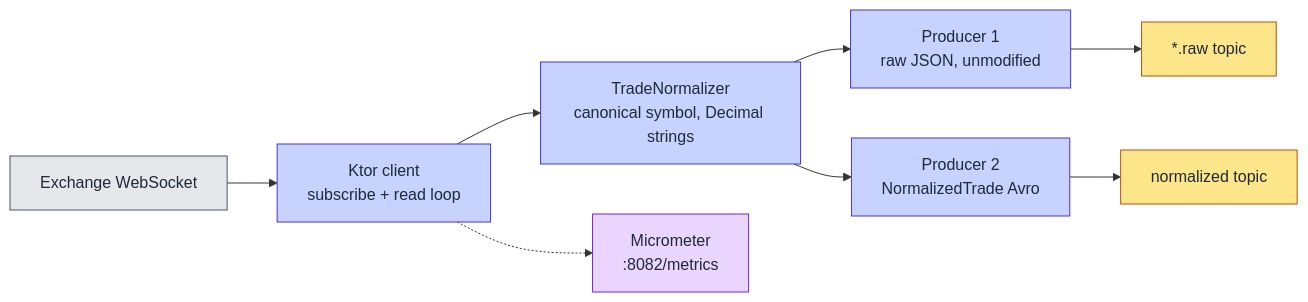
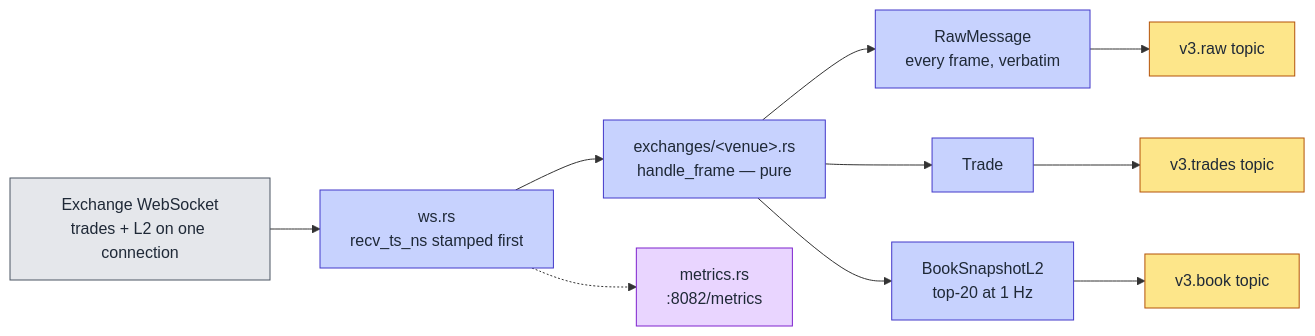
The diagram in docs/architecture/streaming-sources.md (rjdscott/k2-market-data-platform), drawn with Mermaid before and after one commit. The commit also changed other lines of this file and 84 other files, not shown here.

````diff
--- a/docs/architecture/streaming-sources.md
+++ b/docs/architecture/streaming-sources.md
@@ -11,19 +13,21 @@
 ```mermaid
 flowchart LR
-    WS["Exchange WebSocket"] --> CL["Ktor client<br/>subscribe + read loop"]
-    CL --> NM["TradeNormalizer<br/>canonical symbol, Decimal strings"]
-    NM --> P1["Producer 1<br/>raw JSON, unmodified"]
-    NM --> P2["Producer 2<br/>NormalizedTrade Avro"]
-    P1 --> T1["*.raw topic"]
-    P2 --> T2["normalized topic"]
-    CL -.-> MX["Micrometer<br/>:8082/metrics"]
+    WS["Exchange WebSocket<br/>trades + L2 on one connection"] --> RD["ws.rs<br/>recv_ts_ns stamped first"]
+    RD --> AD["exchanges/&lt;venue&gt;.rs<br/>handle_frame — pure"]
+    AD --> R1["RawMessage<br/>every frame, verbatim"]
+    AD --> R2["Trade"]
+    AD --> R3["BookSnapshotL2<br/>top-20 at 1 Hz"]
+    R1 --> T1["v3.raw topic"]
+    R2 --> T2["v3.trades topic"]
+    R3 --> T3["v3.book topic"]
+    RD -.-> MX["metrics.rs<br/>:8082/metrics"]
 
     classDef src fill:#e5e7eb,stroke:#4b5563,color:#1f2937
     classDef code fill:#c7d2fe,stroke:#4338ca,color:#1f2937
     classDef topic fill:#fde68a,stroke:#b45309,color:#1f2937
     classDef obs fill:#e9d5ff,stroke:#7e22ce,color:#1f2937
     class WS src
-    class CL,NM,P1,P2 code
-    class T1,T2 topic
+    class RD,AD,R1,R2,R3 code
+    class T1,T2,T3 topic
     class MX obs
 ```
````
